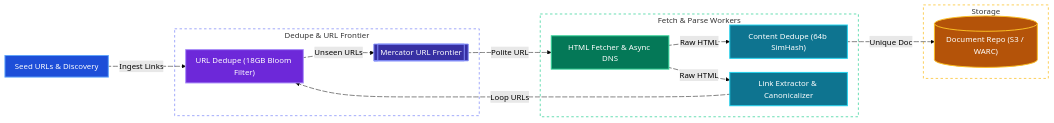
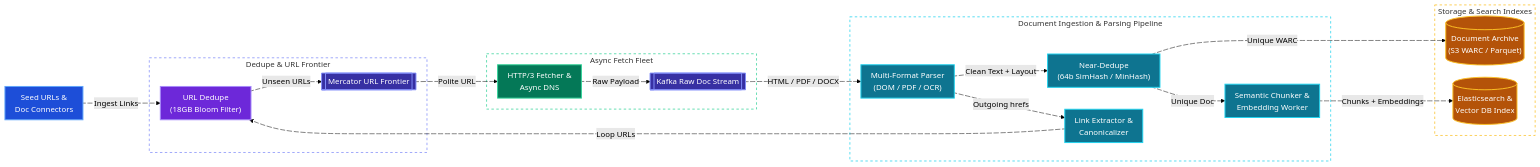
One commit to tarunbatta/tech-interview-prep changed the first of 4 diagrams in system-design/webcrawler.md. Above: the diagram before and after it, drawn with Mermaid (forest theme). The commit also changed other lines of this file and 6 other files, not shown here.

First line of the commit message:
docs(system-design): add payment, fraud detection, and metrics monitoring designs and expand web crawler ingestion pipeline

````diff
--- a/system-design/webcrawler.md
+++ b/system-design/webcrawler.md
@@ -64,50 +70,66 @@
 ```mermaid
 %%{init: {'flowchart': {'nodeSpacing': 25, 'rankSpacing': 45, 'padding': 10}}}%%
 flowchart LR
-    Seeds["Seed URLs & Discovery"]
+    Seeds["Seed URLs &<br/>Doc Connectors"]
     subgraph FrontierTier["Dedupe & URL Frontier"]
-        Dedupe["URL Dedupe (18GB Bloom Filter)"]
+        Dedupe["URL Dedupe<br/>(18GB Bloom Filter)"]
         Frontier[["Mercator URL Frontier"]]
     end
-    subgraph FetchAndParse["Fetch & Parse Workers"]
-        Fetcher["HTML Fetcher & Async DNS"]
-        ContentDedupe["Content Dedupe (64b SimHash)"]
-        LinkExt["Link Extractor & Canonicalizer"]
+    subgraph FetchTier["Async Fetch Fleet"]
+        Fetcher["HTTP/3 Fetcher &<br/>Async DNS"]
+        RawBus[["Kafka Raw Doc Stream"]]
     end
-    subgraph DataLayer["Storage"]
-        DocRepo[("Document Repo (S3 / WARC)")]
+    subgraph IngestionPipeline["Document Ingestion & Parsing Pipeline"]
+        Parser["Multi-Format Parser<br/>(DOM / PDF / OCR)"]
+        ContentDedupe["Near-Dedupe<br/>(64b SimHash / MinHash)"]
+        Chunker["Semantic Chunker &<br/>Embedding Worker"]
+        LinkExt["Link Extractor &<br/>Canonicalizer"]
     end
+    subgraph DataLayer["Storage & Search Indexes"]
+        DocRepo[("Document Archive<br/>(S3 WARC / Parquet)")]
+        SearchIdx[("Elasticsearch &<br/>Vector DB Index")]
+    end
+
     Seeds e1@-->|"Ingest Links"| Dedupe
     Dedupe e2@-->|"Unseen URLs"| Frontier
     Frontier e3@-->|"Polite URL"| Fetcher
-    Fetcher e4@-->|"Raw HTML"| ContentDedupe
-    Fetcher e5@-->|"Raw HTML"| LinkExt
-    LinkExt e6@-.->|"Loop URLs"| Dedupe
-    ContentDedupe e7@-->|"Unique Doc"| DocRepo
+    Fetcher e4@-->|"Raw Payload"| RawBus
+    RawBus e5@-->|"HTML / PDF / DOCX"| Parser
+    Parser e6@-->|"Outgoing hrefs"| LinkExt
+    LinkExt e7@-.->|"Loop URLs"| Dedupe
+    Parser e8@-->|"Clean Text + Layout"| ContentDedupe
+    ContentDedupe e9@-->|"Unique WARC"| DocRepo
+    ContentDedupe e10@-->|"Unique Doc"| Chunker
+    Chunker e11@-->|"Chunks + Embeddings"| SearchIdx
 
     e1@{ animate: true }
     e2@{ animate: true }
     e3@{ animate: true }
     e4@{ animate: true }
     e5@{ animate: true }
     e6@{ animate: true }
     e7@{ animate: true }
+    e8@{ animate: true }
+    e9@{ animate: true }
+    e10@{ animate: true }
+    e11@{ animate: true }
 
     classDef client fill:#1d4ed8,stroke:#60a5fa,stroke-width:2px,color:#ffffff
     classDef edge fill:#6d28d9,stroke:#a78bfa,stroke-width:2px,color:#ffffff
     classDef service fill:#047857,stroke:#34d399,stroke-width:2px,color:#ffffff
     classDef worker fill:#0e7490,stroke:#22d3ee,stroke-width:2px,color:#ffffff
     classDef storage fill:#b45309,stroke:#fbbf24,stroke-width:2px,color:#ffffff
     classDef queue fill:#3730a3,stroke:#818cf8,stroke-width:2px,color:#ffffff
 
     class Seeds client
     class Dedupe edge
-    class Frontier queue
+    class Frontier,RawBus queue
     class Fetcher service
-    class ContentDedupe,LinkExt worker
-    class DocRepo storage
+    class Parser,ContentDedupe,Chunker,LinkExt worker
+    class DocRepo,SearchIdx storage
 
     style FrontierTier fill:transparent,stroke:#818cf8,stroke-width:1.5px,stroke-dasharray: 5 5
-    style FetchAndParse fill:transparent,stroke:#34d399,stroke-width:1.5px,stroke-dasharray: 5 5
+    style FetchTier fill:transparent,stroke:#34d399,stroke-width:1.5px,stroke-dasharray: 5 5
+    style IngestionPipeline fill:transparent,stroke:#22d3ee,stroke-width:1.5px,stroke-dasharray: 5 5
     style DataLayer fill:transparent,stroke:#fbbf24,stroke-width:1.5px,stroke-dasharray: 5 5
 ```
````
